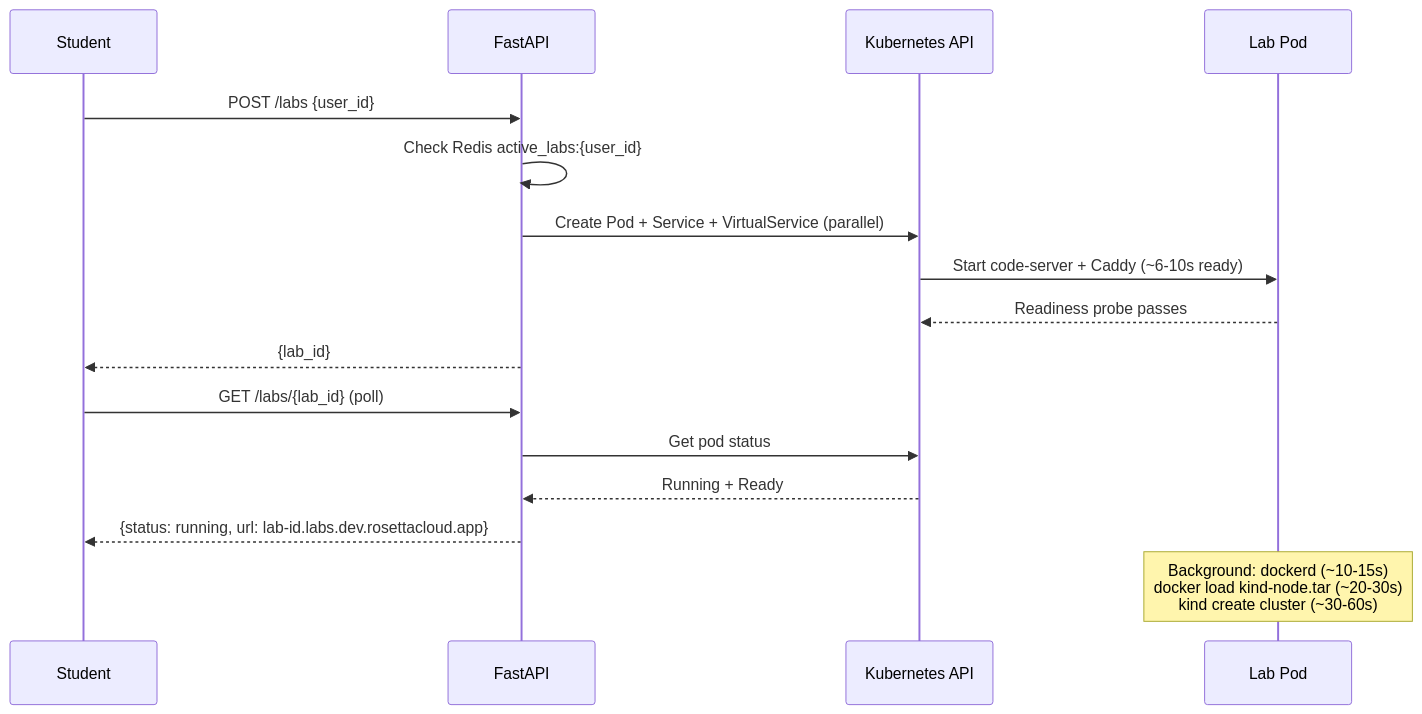
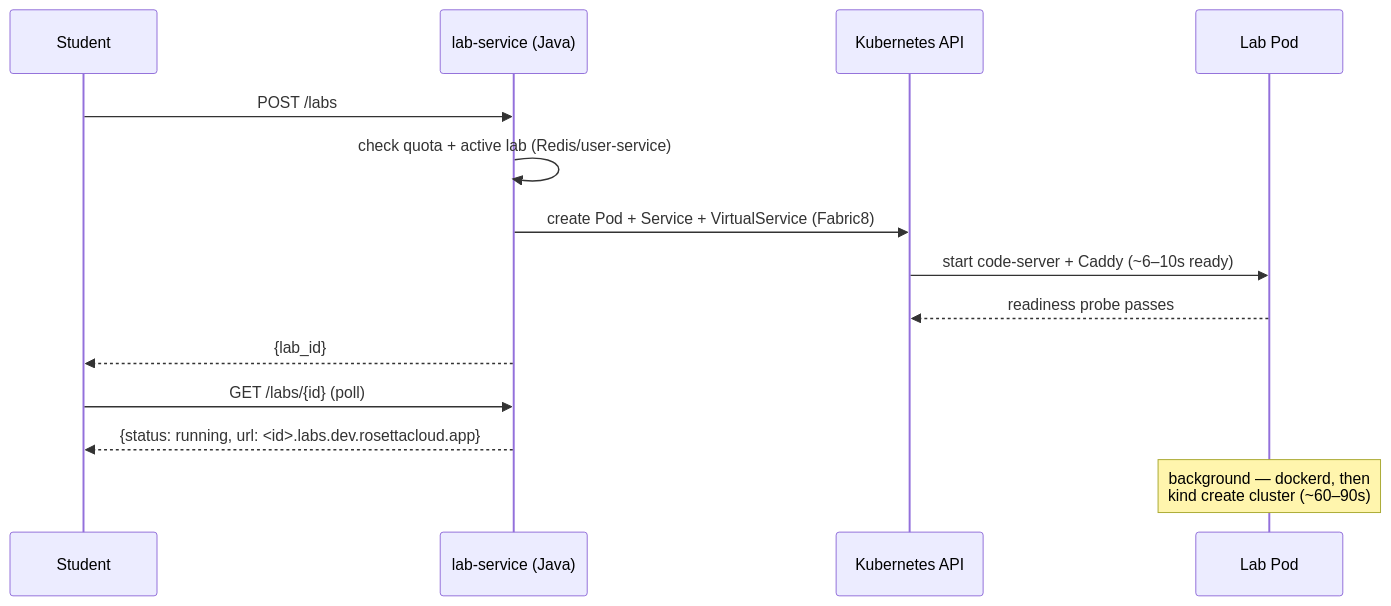
The third of 3 diagrams in README.md (mohamedsorour1998/RosettaCloud), drawn with Mermaid before and after one commit. The commit also changed other lines of this file, not shown here.

First line of the commit message:
docs(readme): comprehensive, accurate platform README (functionality, architecture, overall)

````diff
--- a/README.md
+++ b/README.md
@@ -232,20 +203,17 @@
 ```mermaid
 sequenceDiagram
     participant Student
-    participant FastAPI
+    participant Lab as lab-service (Java)
     participant K8s as Kubernetes API
-    participant Lab as Lab Pod
+    participant Pod as Lab Pod
 
-    Student->>FastAPI: POST /labs {user_id}
-    FastAPI->>FastAPI: Check Redis active_labs:{user_id}
-    FastAPI->>K8s: Create Pod + Service + VirtualService (parallel)
-    K8s->>Lab: Start code-server + Caddy (~6-10s ready)
-    Lab-->>K8s: Readiness probe passes
-    FastAPI-->>Student: {lab_id}
-
-    Student->>FastAPI: GET /labs/{lab_id} (poll)
-    FastAPI->>K8s: Get pod status
-    K8s-->>FastAPI: Running + Ready
-    FastAPI-->>Student: {status: running, url: lab-id.labs.dev.rosettacloud.app}
-    Note over Lab: Background: dockerd (~10-15s)<br/>docker load kind-node.tar (~20-30s)<br/>kind create cluster (~30-60s)
+    Student->>Lab: POST /labs
+    Lab->>Lab: check quota + active lab (Redis/user-service)
+    Lab->>K8s: create Pod + Service + VirtualService (Fabric8)
+    K8s->>Pod: start code-server + Caddy (~6–10s ready)
+    Pod-->>K8s: readiness probe passes
+    Lab-->>Student: {lab_id}
+    Student->>Lab: GET /labs/{id} (poll)
+    Lab-->>Student: {status: running, url: <id>.labs.dev.rosettacloud.app}
+    Note over Pod: background — dockerd, then<br/>kind create cluster (~60–90s)
 ```
````
